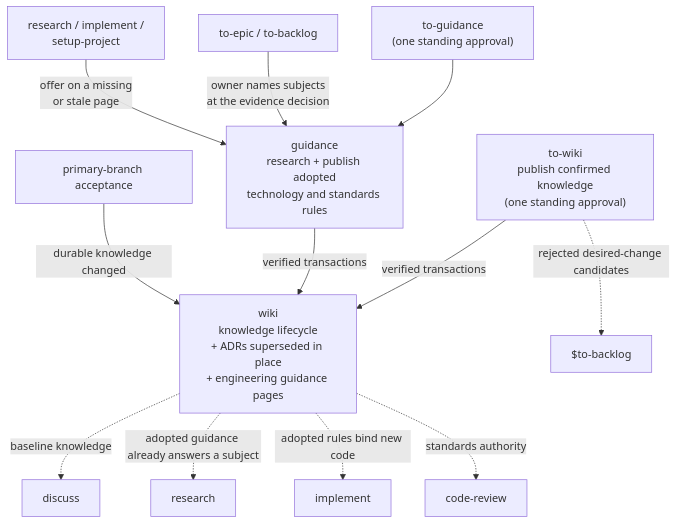
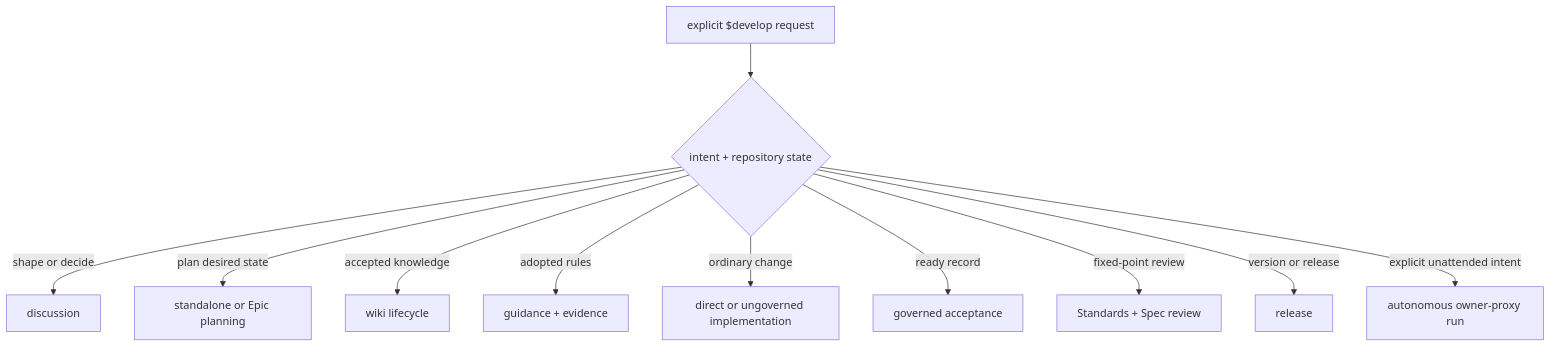
The diagram in README.md (beeltec/skills), drawn with Mermaid before and after one commit. The commit also changed other lines of this file and 113 other files, not shown here.

````diff
--- a/README.md
+++ b/README.md
@@ -79,15 +37,13 @@
 ```mermaid
 flowchart TD
-    TW["to-wiki<br/>publish confirmed knowledge<br/>(one standing approval)"] -->|verified transactions| WK
-    TG["to-guidance<br/>(one standing approval)"] --> GD
-    TE["to-epic / to-backlog"] -->|owner names subjects<br/>at the evidence decision| GD
-    RT2["research / implement /<br/>setup-project"] -->|offer on a missing<br/>or stale page| GD
-    GD["guidance<br/>research + publish adopted<br/>technology and standards rules"] -->|verified transactions| WK
-    ACC["primary-branch acceptance"] -->|durable knowledge changed| WK
-    WK["wiki<br/>knowledge lifecycle<br/>+ ADRs superseded in place<br/>+ engineering guidance pages"]
-    TW -.->|rejected desired-change candidates| TB["$to-backlog"]
-    WK -.->|baseline knowledge| D["discuss"]
-    WK -.->|adopted guidance already answers a subject| RT["research"]
-    WK -.->|adopted rules bind new code| IMP["implement"]
-    WK -.->|standards authority| CR["code-review"]
+    U["explicit $develop request"] --> R{"intent + repository state"}
+    R -->|shape or decide| D["discussion"]
+    R -->|plan desired state| P["standalone or Epic planning"]
+    R -->|accepted knowledge| K["wiki lifecycle"]
+    R -->|adopted rules| G["guidance + evidence"]
+    R -->|ordinary change| X["direct or ungoverned implementation"]
+    R -->|ready record| I["governed acceptance"]
+    R -->|fixed-point review| V["Standards + Spec review"]
+    R -->|version or release| L["release"]
+    R -->|explicit unattended intent| A["autonomous owner-proxy run"]
 ```
````
